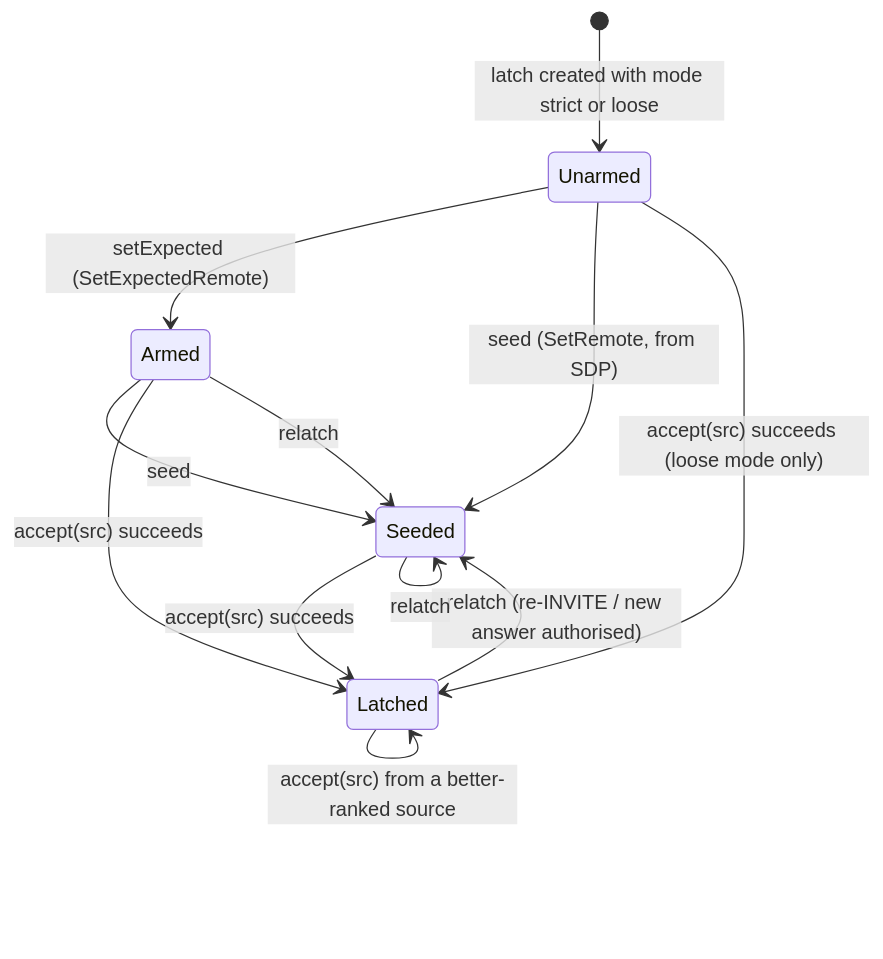
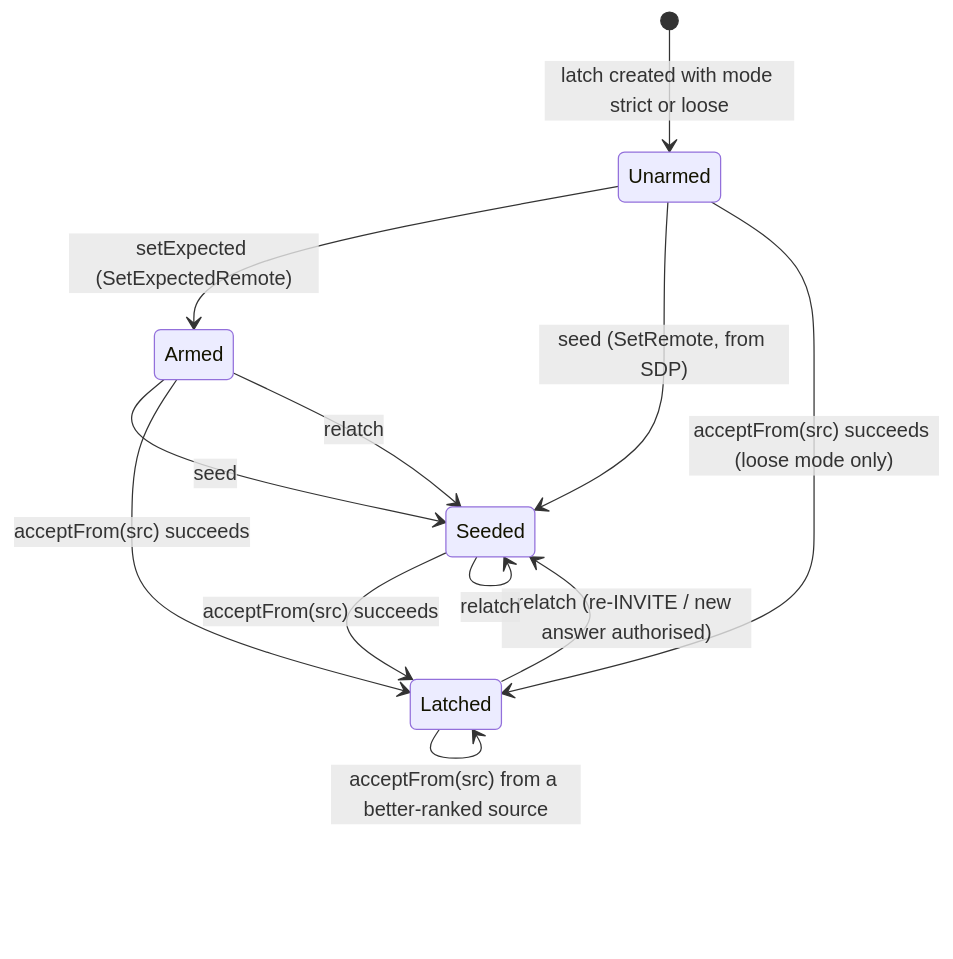
The eighth of 18 diagrams in docs/design.md (rasonyang/freesbc), drawn with Mermaid before and after one commit. The commit also changed other lines of this file and 1 other file, not shown here.

````diff
--- a/docs/design.md
+++ b/docs/design.md
@@ -2601,14 +2609,14 @@
 ```mermaid
 stateDiagram-v2
     [*] --> Unarmed: latch created with mode strict or loose
     Unarmed --> Armed: setExpected (SetExpectedRemote)
     Unarmed --> Seeded: seed (SetRemote, from SDP)
     Armed --> Seeded: seed
-    Seeded --> Latched: accept(src) succeeds
-    Armed --> Latched: accept(src) succeeds
-    Unarmed --> Latched: accept(src) succeeds (loose mode only)
-    Latched --> Latched: accept(src) from a better-ranked source
+    Seeded --> Latched: acceptFrom(src) succeeds
+    Armed --> Latched: acceptFrom(src) succeeds
+    Unarmed --> Latched: acceptFrom(src) succeeds (loose mode only)
+    Latched --> Latched: acceptFrom(src) from a better-ranked source
     Latched --> Seeded: relatch (re-INVITE / new answer authorised)
     Seeded --> Seeded: relatch
     Armed --> Seeded: relatch
 ```
````
